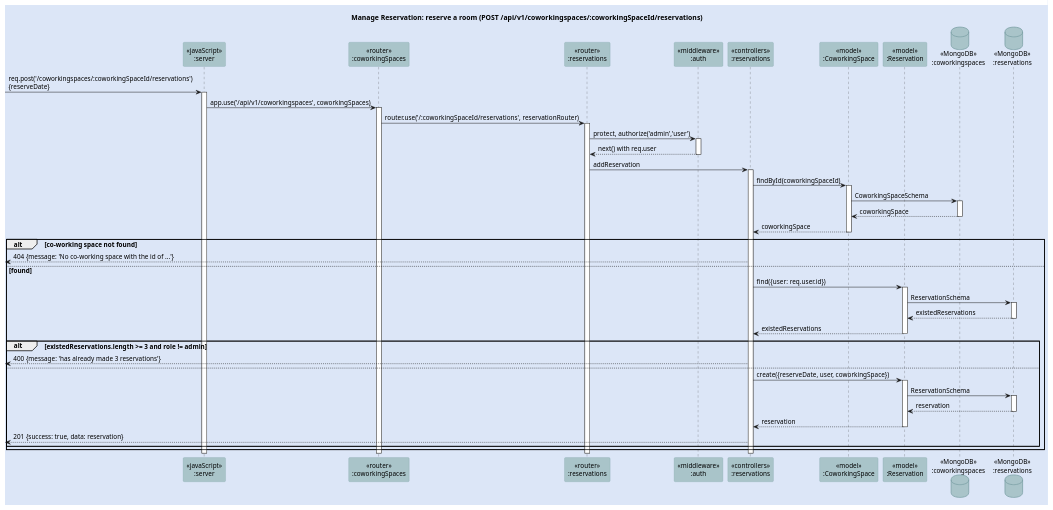
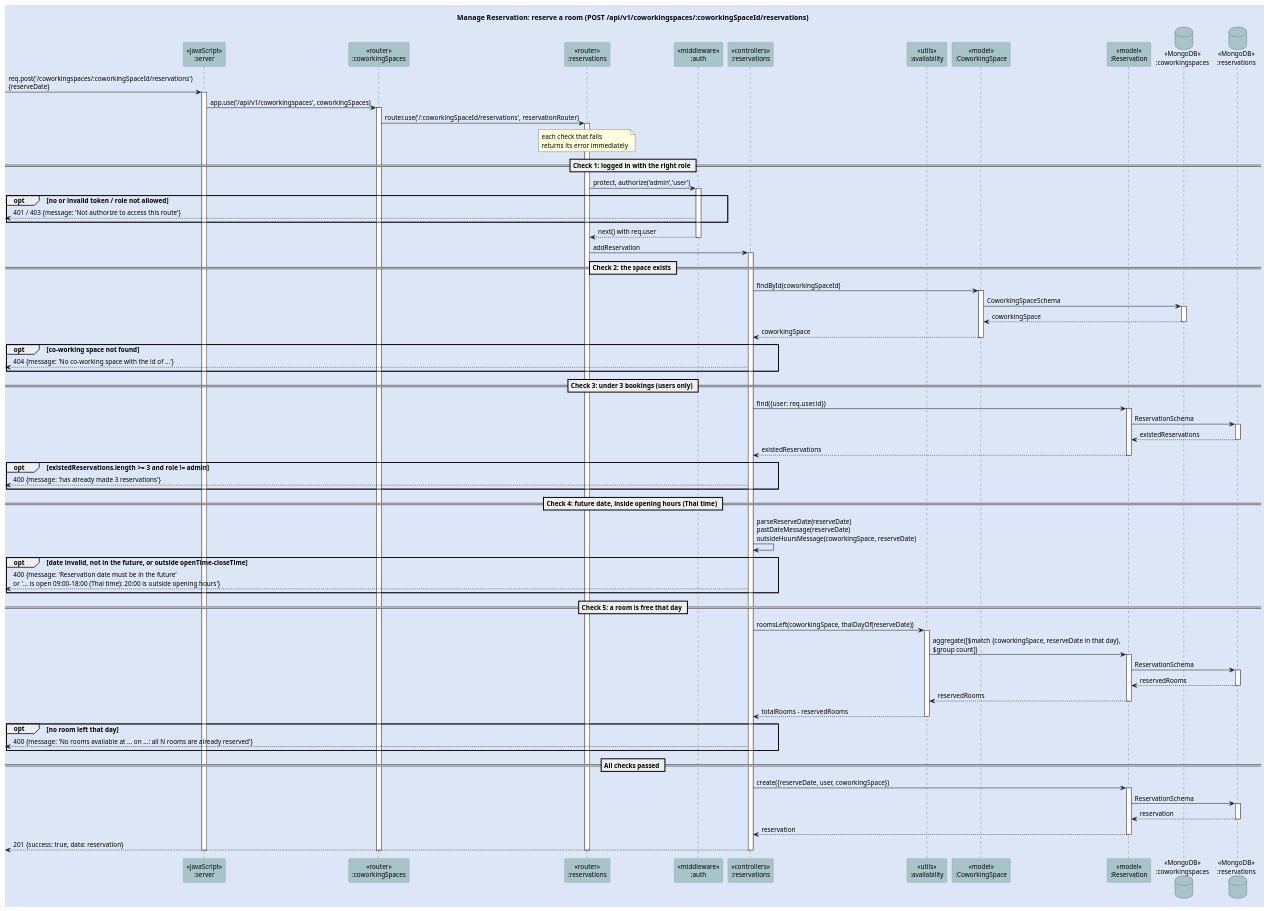
Before and after one commit to TanakritEuro/coworking-space-api: the diagram in docs/seq07_add_reservation.puml, drawn with PlantUML. The commit also changed 1 other file, not shown here.

Commit message:
docs: reserve-a-room sequence diagram shows all five booking checks

```diff
--- a/docs/seq07_add_reservation.puml
+++ b/docs/seq07_add_reservation.puml
@@ -1,55 +1,82 @@
 @startuml
 title Manage Reservation: reserve a room (POST /api/v1/coworkingspaces/:coworkingSpaceId/reservations)
 skinparam sequence {
   ParticipantBackgroundColor #A9C4C9
   ParticipantBorderColor #7A9EA4
   LifeLineBorderColor #444444
 }
 skinparam database {
   BackgroundColor #A9C4C9
   BorderColor #7A9EA4
 }
 skinparam backgroundColor #DCE6F7
 skinparam defaultFontSize 13
 participant "<<javaScript>>\n:server" as server
 participant "<<router>>\n:coworkingSpaces" as spaceRouter
 participant "<<router>>\n:reservations" as router
 participant "<<middleware>>\n:auth" as auth
 participant "<<controllers>>\n:reservations" as ctrl
+participant "<<utils>>\n:availability" as utils
 participant "<<model>>\n:CoworkingSpace" as spaceModel
 participant "<<model>>\n:Reservation" as model
 database "<<MongoDB>>\n:coworkingspaces" as spaceDb
 database "<<MongoDB>>\n:reservations" as db
 
 [-> server ++ : req.post('/coworkingspaces/:coworkingSpaceId/reservations')\n{reserveDate}
 server -> spaceRouter ++ : app.use('/api/v1/coworkingspaces', coworkingSpaces)
 spaceRouter -> router ++ : router.use('/:coworkingSpaceId/reservations', reservationRouter)
+note over router : each check that fails\nreturns its error immediately
+== Check 1: logged in with the right role ==
 router -> auth ++ : protect, authorize('admin','user')
+opt no or invalid token / role not allowed
+  auth -->[ : 401 / 403 {message: 'Not authorize to access this route'}
+end
 auth --> router -- : next() with req.user
 router -> ctrl ++ : addReservation
+
+== Check 2: the space exists ==
 ctrl -> spaceModel ++ : findById(coworkingSpaceId)
 spaceModel -> spaceDb ++ : CoworkingSpaceSchema
 spaceDb --> spaceModel -- : coworkingSpace
 spaceModel --> ctrl -- : coworkingSpace
-alt co-working space not found
+opt co-working space not found
   ctrl -->[ : 404 {message: 'No co-working space with the id of ...'}
-else found
-  ctrl -> model ++ : find({user: req.user.id})
-  model -> db ++ : ReservationSchema
-  db --> model -- : existedReservations
-  model --> ctrl -- : existedReservations
-  alt existedReservations.length >= 3 and role != admin
-    ctrl -->[ : 400 {message: 'has already made 3 reservations'}
-  else
-    ctrl -> model ++ : create({reserveDate, user, coworkingSpace})
-    model -> db ++ : ReservationSchema
-    db --> model -- : reservation
-    model --> ctrl -- : reservation
-    ctrl -->[ : 201 {success: true, data: reservation}
-  end
 end
+
+== Check 3: under 3 bookings (users only) ==
+ctrl -> model ++ : find({user: req.user.id})
+model -> db ++ : ReservationSchema
+db --> model -- : existedReservations
+model --> ctrl -- : existedReservations
+opt existedReservations.length >= 3 and role != admin
+  ctrl -->[ : 400 {message: 'has already made 3 reservations'}
+end
+
+== Check 4: future date, inside opening hours (Thai time) ==
+ctrl -> ctrl : parseReserveDate(reserveDate)\npastDateMessage(reserveDate)\noutsideHoursMessage(coworkingSpace, reserveDate)
+opt date invalid, not in the future, or outside openTime-closeTime
+  ctrl -->[ : 400 {message: 'Reservation date must be in the future'\nor '... is open 09:00-18:00 (Thai time): 20:00 is outside opening hours'}
+end
+
+== Check 5: a room is free that day ==
+ctrl -> utils ++ : roomsLeft(coworkingSpace, thaiDayOf(reserveDate))
+utils -> model ++ : aggregate([$match {coworkingSpace, reserveDate in that day},\n$group count])
+model -> db ++ : ReservationSchema
+db --> model -- : reservedRooms
+model --> utils -- : reservedRooms
+utils --> ctrl -- : totalRooms - reservedRooms
+opt no room left that day
+  ctrl -->[ : 400 {message: 'No rooms available at ... on ...: all N rooms are already reserved'}
+end
+
+== All checks passed ==
+ctrl -> model ++ : create({reserveDate, user, coworkingSpace})
+model -> db ++ : ReservationSchema
+db --> model -- : reservation
+model --> ctrl -- : reservation
+ctrl -->[ : 201 {success: true, data: reservation}
 deactivate ctrl
 deactivate router
 deactivate spaceRouter
 deactivate server
 @enduml
```
